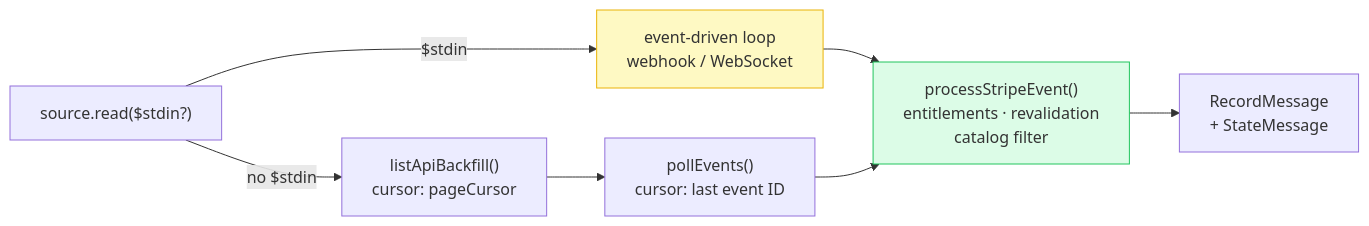
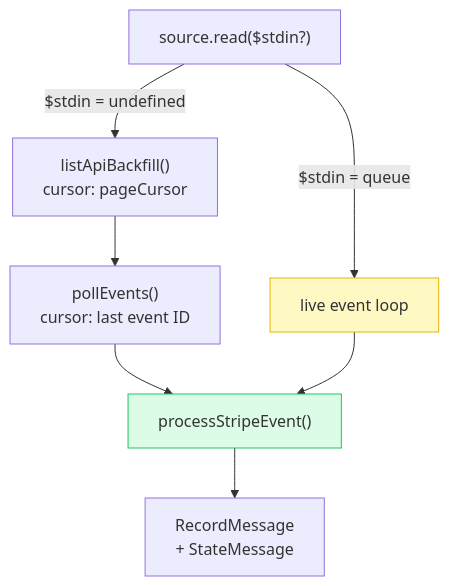
Before and after one commit to supabase/stripe-sync-engine: the fourth of 7 diagrams in docs/slides/architecture.md, drawn with Mermaid. The commit also changed other lines of this file and 8 other files, not shown here.

````diff
--- a/docs/slides/architecture.md
+++ b/docs/slides/architecture.md
@@ -187,12 +208,12 @@
 ```mermaid
-flowchart LR
+flowchart TD
   R["source.read($stdin?)"]
-  R -->|"$stdin"| EV["event-driven loop\nwebhook / WebSocket"]
-  R -->|"no $stdin"| BF["listApiBackfill()\ncursor: pageCursor"]
+  R -->|"$stdin = undefined"| BF["listApiBackfill()\ncursor: pageCursor"]
   BF --> PO["pollEvents()\ncursor: last event ID"]
-  EV --> PSE["processStripeEvent()\nentitlements · revalidation\ncatalog filter"]
-  PO --> PSE
+  R -->|"$stdin = queue"| EV["live event loop"]
+  PO --> PSE["processStripeEvent()"]
+  EV --> PSE
   PSE --> MSG["RecordMessage\n+ StateMessage"]
   style EV fill:#fef9c3,stroke:#eab308
   style PSE fill:#dcfce7,stroke:#22c55e
 ```
````
